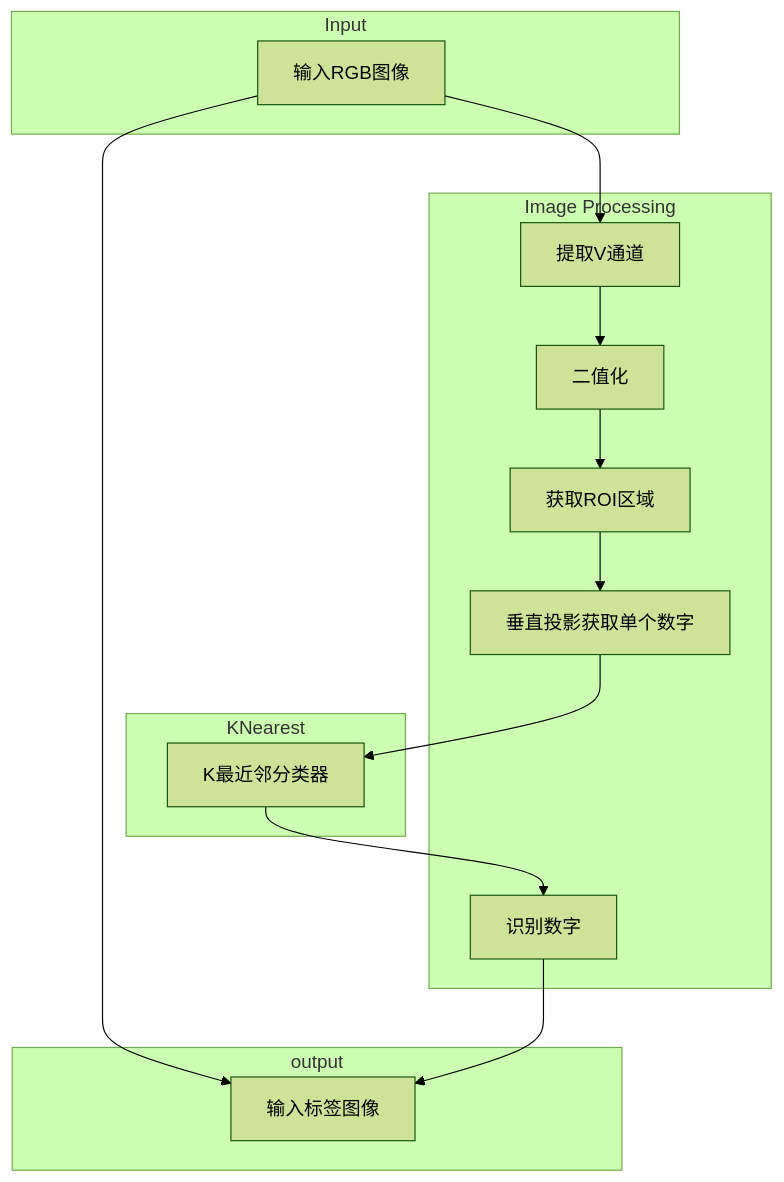
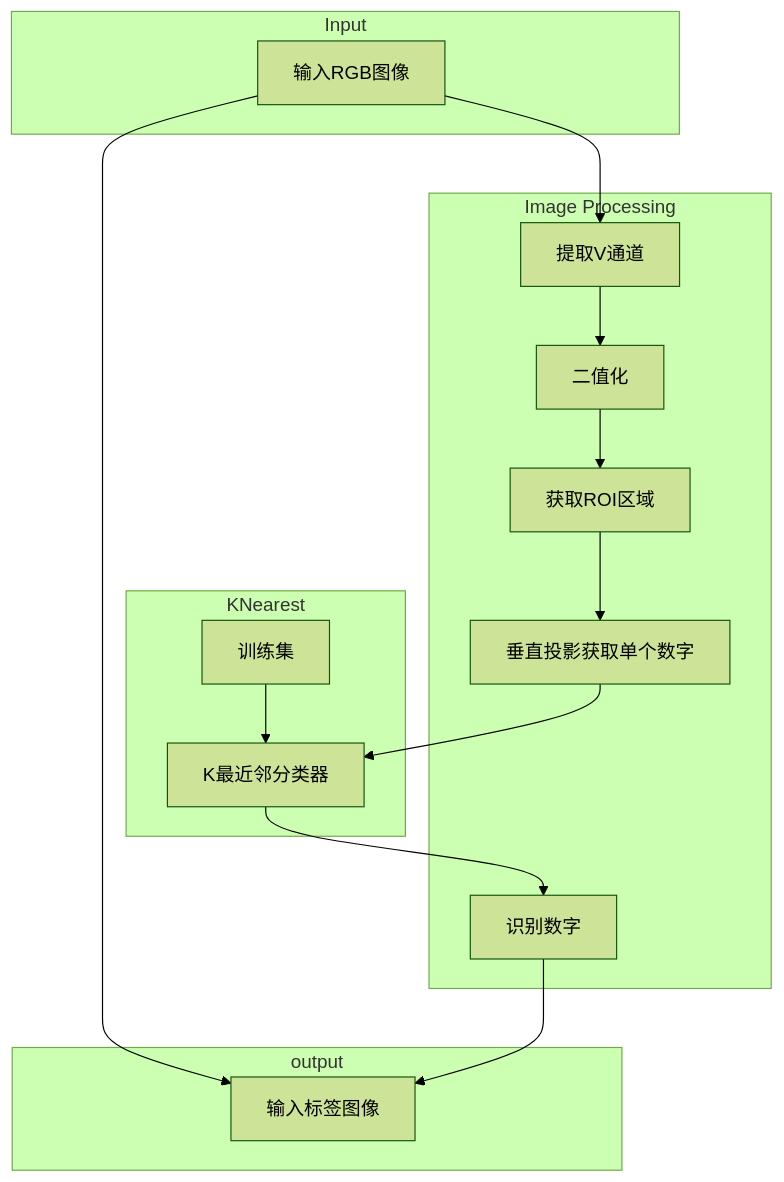
Before and after one commit to yunke120/Digital-Meter-Identification: the diagram in README.md, drawn with Mermaid (forest theme). The commit also changed other lines of this file, not shown here.

Commit message:
:pencil: update readme 2125

````diff
--- a/README.md
+++ b/README.md
@@ -8,31 +8,33 @@
 ```mermaid
 
 graph TD
 
 subgraph Input
 	A[输入RGB图像]
 end
 
 subgraph Image Processing
 	B[提取V通道]
 	C[二值化]
 	D[获取ROI区域]
 	E[垂直投影获取单个数字]
 	F[识别数字]
 end
 
 subgraph KNearest
+	X[训练集]
 	K[K最近邻分类器]
 end
 
 
 subgraph output
 	O[输入标签图像]
 end
 
 	A-->B
 	B-->C-->D-->E
 	E-->K-->F
 	A-->O
 	F-->O
+	X-->K
 ```
````
